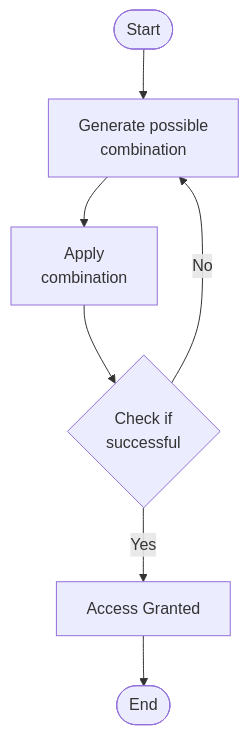
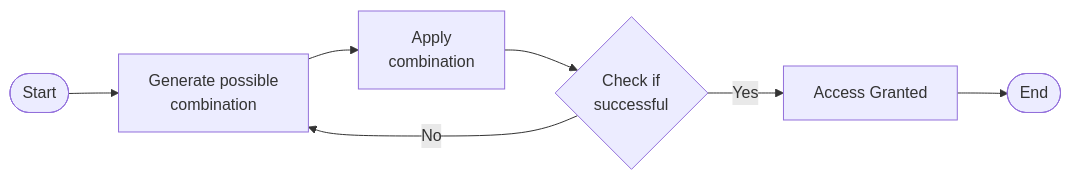
The diagram in 11. Authen, Author and Session/10.1 - Login Brute Forcing.md (inferLeo-Sshooter/Personal-Penetration-Testing-Reference), drawn with Mermaid before and after one commit. The commit also changed other lines of this file, not shown here.

````diff
--- a/11. Authen, Author and Session/10.1 - Login Brute Forcing.md
+++ b/11. Authen, Author and Session/10.1 - Login Brute Forcing.md
@@ -11,9 +11,9 @@
 ```mermaid
-flowchart TD
+flowchart LR
     Start([Start]) --> Generate[Generate possible<br>combination]
     Generate --> Apply[Apply<br>combination]
     Apply --> Check{Check if<br>successful}
     Check -- No --> Generate
     Check -- Yes --> Access[Access Granted]
     Access --> End([End])
 ```
````
